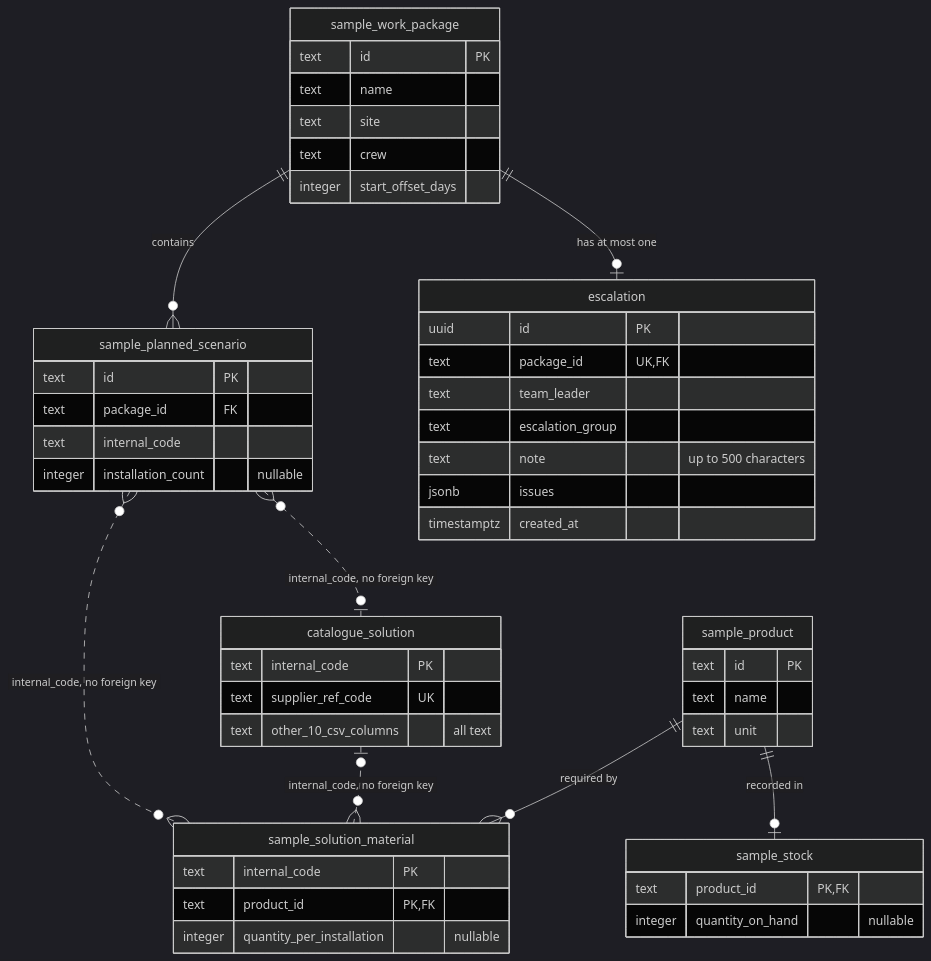
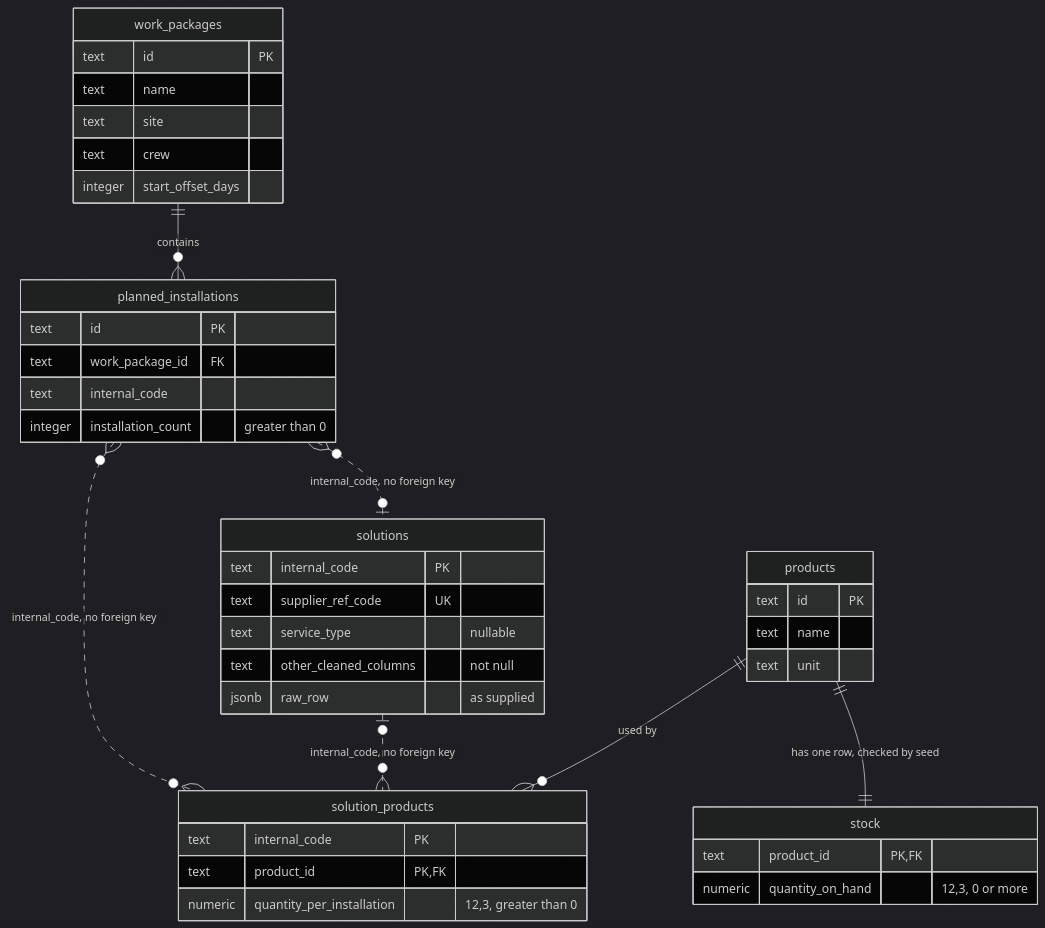
One commit to ChrisWu365/chris-exercise changed the second of 2 diagrams in docs/03-technical-design.md. Above: the diagram before and after it, drawn with Mermaid (dark theme). The commit also changed other lines of this file, not shown here.

````diff
--- a/docs/03-technical-design.md
+++ b/docs/03-technical-design.md
@@ -123,52 +109,44 @@
 ```mermaid
 erDiagram
-  sample_work_package ||--o{ sample_planned_scenario : "contains"
-  sample_work_package ||--o| escalation : "has at most one"
-  sample_planned_scenario }o..o| catalogue_solution : "internal_code, no foreign key"
-  sample_planned_scenario }o..o{ sample_solution_material : "internal_code, no foreign key"
-  catalogue_solution |o..o{ sample_solution_material : "internal_code, no foreign key"
-  sample_product ||--o{ sample_solution_material : "required by"
-  sample_product ||--o| sample_stock : "recorded in"
+  work_packages ||--o{ planned_installations : "contains"
+  planned_installations }o..o| solutions : "internal_code, no foreign key"
+  planned_installations }o..o{ solution_products : "internal_code, no foreign key"
+  solutions |o..o{ solution_products : "internal_code, no foreign key"
+  products ||--o{ solution_products : "used by"
+  products ||--|| stock : "has one row, checked by seed"
 
-  sample_work_package {
+  work_packages {
     text id PK
     text name
     text site
     text crew
     integer start_offset_days
   }
-  sample_planned_scenario {
+  planned_installations {
     text id PK
-    text package_id FK
+    text work_package_id FK
     text internal_code
-    integer installation_count "nullable"
+    integer installation_count "greater than 0"
   }
-  catalogue_solution {
+  solutions {
     text internal_code PK
     text supplier_ref_code UK
-    text other_10_csv_columns "all text"
+    text service_type "nullable"
+    text other_cleaned_columns "not null"
+    jsonb raw_row "as supplied"
   }
-  sample_solution_material {
+  solution_products {
     text internal_code PK
     text product_id PK,FK
-    integer quantity_per_installation "nullable"
+    numeric quantity_per_installation "12,3, greater than 0"
   }
-  sample_product {
+  products {
     text id PK
     text name
     text unit
   }
-  sample_stock {
+  stock {
     text product_id PK,FK
-    integer quantity_on_hand "nullable"
-  }
-  escalation {
-    uuid id PK
-    text package_id UK,FK
-    text team_leader
-    text escalation_group
-    text note "up to 500 characters"
-    jsonb issues
-    timestamptz created_at
+    numeric quantity_on_hand "12,3, 0 or more"
   }
 ```
````
